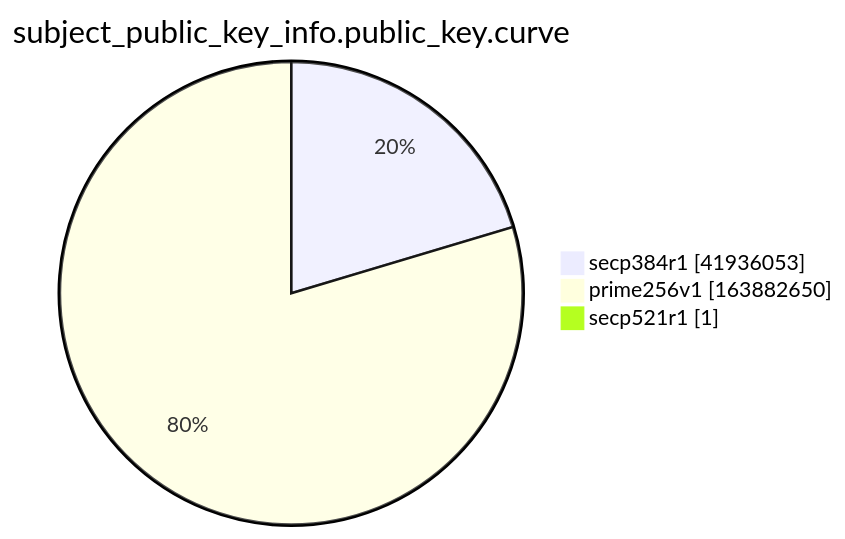
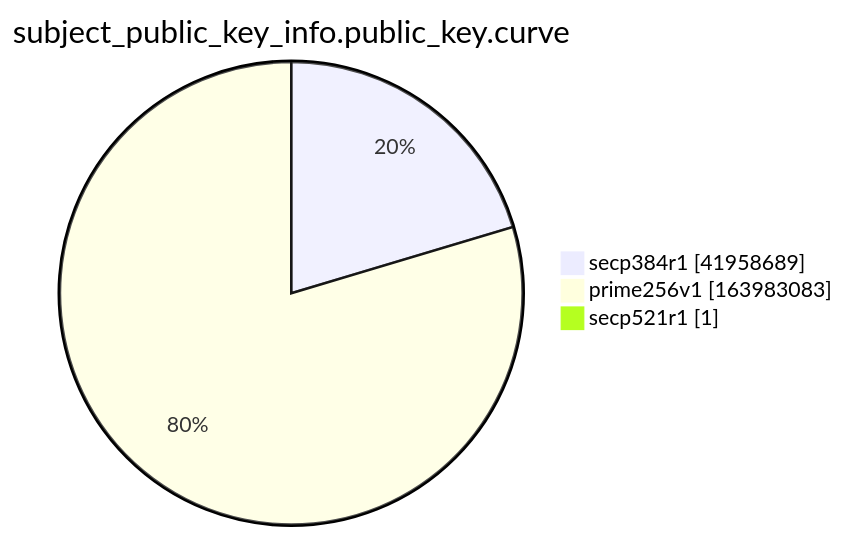
One commit to christiankrug/ctmonitor_visualization changed the ninth of 15 diagrams in xenon2022/README.md. Above: the diagram before and after it, drawn with Mermaid. The commit also changed other lines of this file, not shown here.

````diff
--- a/xenon2022/README.md
+++ b/xenon2022/README.md
@@ -2869,7 +2869,7 @@
 ```mermaid
 pie showData
 title subject_public_key_info.public_key.curve
-"secp384r1" :41936053
-"prime256v1" :163882650
+"secp384r1" :41958689
+"prime256v1" :163983083
 "secp521r1" :1
 ```
````
